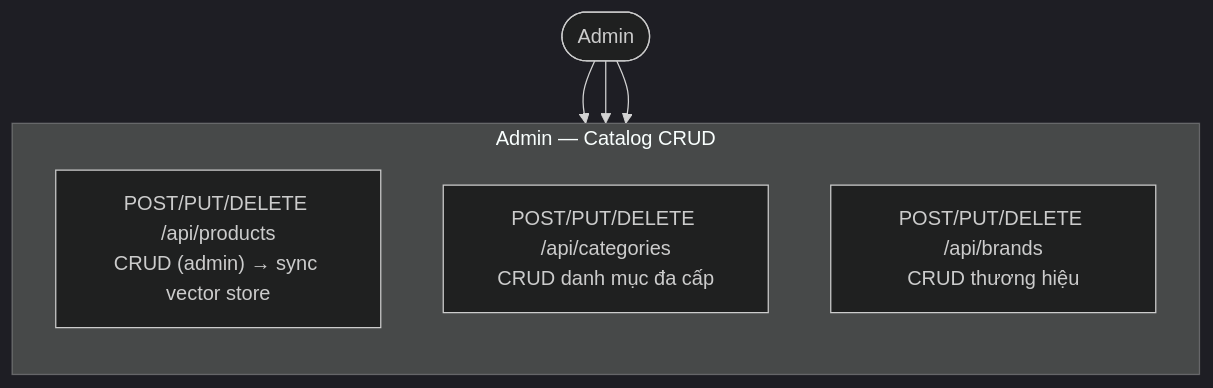
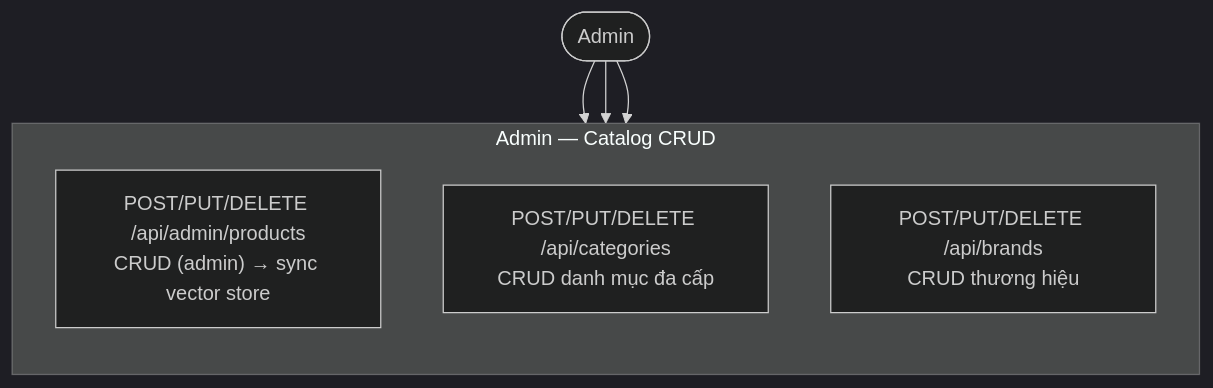
The ninth of 47 diagrams in DIAGRAMS.md (MinhThang1009/E-commerce-website), drawn with Mermaid (dark theme) before and after one commit. The commit also changed other lines of this file and 49 other files, not shown here.

````diff
--- a/DIAGRAMS.md
+++ b/DIAGRAMS.md
@@ -285,15 +285,15 @@
 ```mermaid
 flowchart TB
     Admin(["Admin"])
 
     subgraph ADMIN_CAT["Admin — Catalog CRUD"]
         direction TB
-        E1["POST/PUT/DELETE /api/products<br/>CRUD (admin) → sync vector store"]
+        E1["POST/PUT/DELETE /api/admin/products<br/>CRUD (admin) → sync vector store"]
         E2["POST/PUT/DELETE /api/categories<br/>CRUD danh mục đa cấp"]
         E3["POST/PUT/DELETE /api/brands<br/>CRUD thương hiệu"]
     end
 
     Admin --> E1
     Admin --> E2
     Admin --> E3
 ```
````
